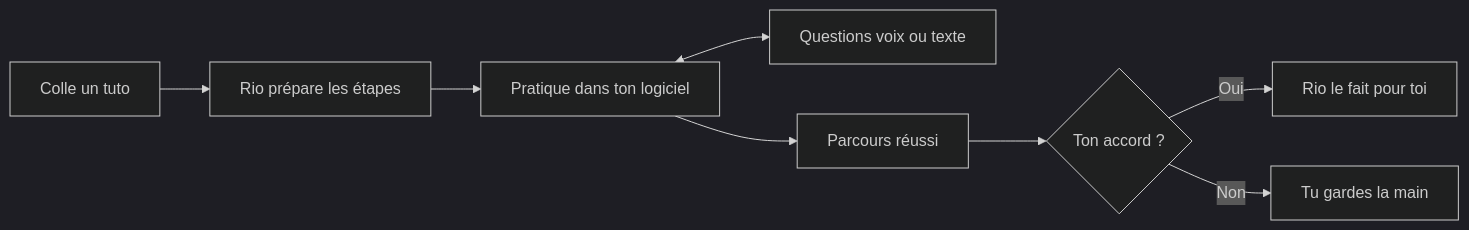
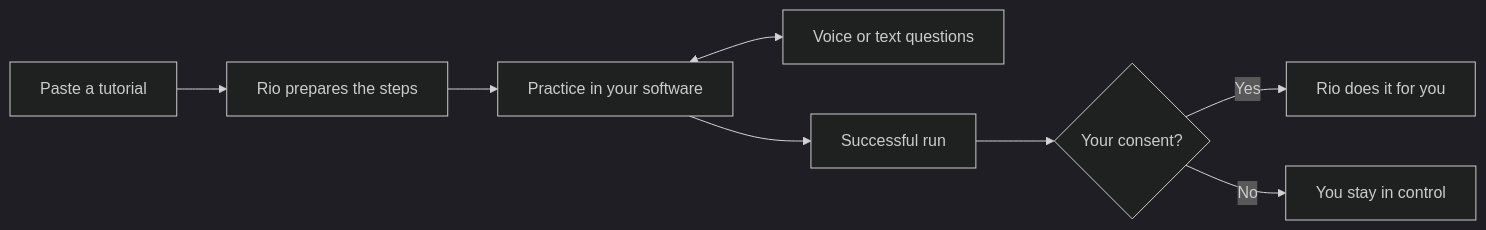
Before and after one commit to talal95c/Hcompany-Hack: the first of 2 diagrams in README.md, drawn with Mermaid (dark theme). The commit also changed other lines of this file, not shown here.

````diff
--- a/README.md
+++ b/README.md
@@ -37,10 +37,10 @@
 ```mermaid
 flowchart LR
-    Tuto["Colle un tuto"] --> Plan["Rio prépare les étapes"]
-    Plan --> Guide["Pratique dans ton logiciel"]
-    Guide <--> Questions["Questions voix ou texte"]
-    Guide --> Reuse["Parcours réussi"]
-    Reuse --> Consent{"Ton accord ?"}
-    Consent -->|Oui| Auto["Rio le fait pour toi"]
-    Consent -->|Non| Manual["Tu gardes la main"]
+    Tuto["Paste a tutorial"] --> Plan["Rio prepares the steps"]
+    Plan --> Guide["Practice in your software"]
+    Guide <--> Questions["Voice or text questions"]
+    Guide --> Reuse["Successful run"]
+    Reuse --> Consent{"Your consent?"}
+    Consent -->|Yes| Auto["Rio does it for you"]
+    Consent -->|No| Manual["You stay in control"]
 ```
````
